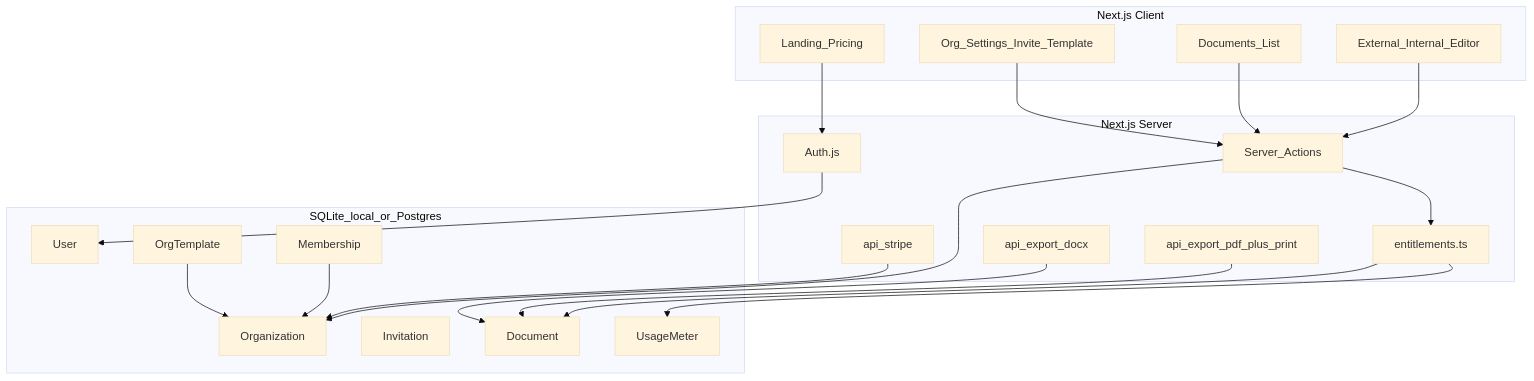
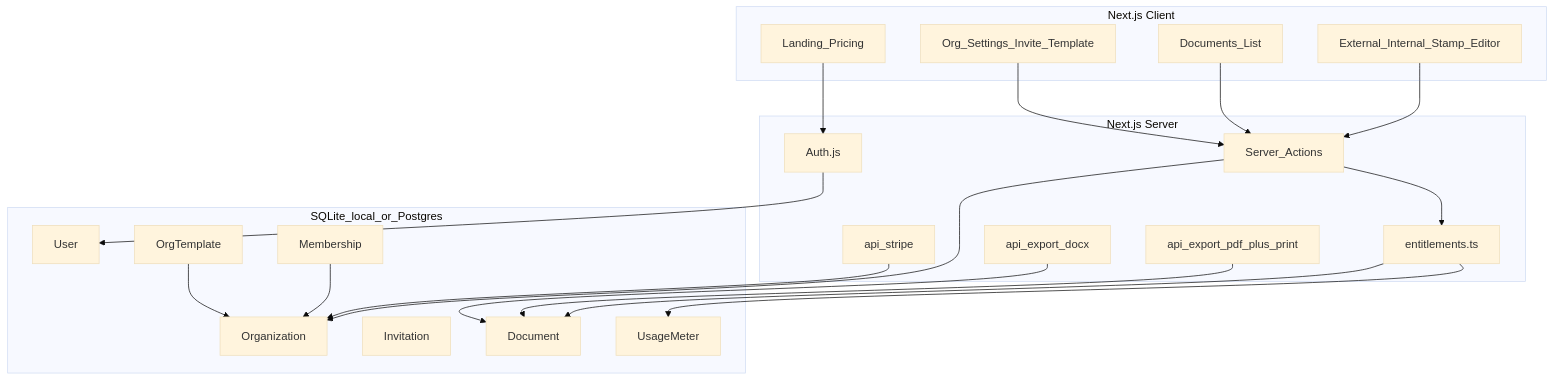
One commit to akhira022/EasyKrut changed the diagram in docs/PLAN.md. Above: the diagram before and after it, drawn with Mermaid (base theme). The commit also changed other lines of this file and 25 other files, not shown here.

````diff
--- a/docs/PLAN.md
+++ b/docs/PLAN.md
@@ -52,43 +52,43 @@
 ```mermaid
 flowchart TB
   subgraph client [Next.js Client]
     Landing[Landing_Pricing]
-    Editor[External_Internal_Editor]
+    Editor[External_Internal_Stamp_Editor]
     History[Documents_List]
     OrgUI[Org_Settings_Invite_Template]
   end
 
   subgraph server [Next.js Server]
     Auth[Auth.js]
     Actions[Server_Actions]
     Gates[entitlements.ts]
     ExportPDF[api_export_pdf_plus_print]
     ExportDOCX[api_export_docx]
     StripeAPI[api_stripe]
   end
 
   subgraph data [SQLite_local_or_Postgres]
     Users[User]
     Orgs[Organization]
     Members[Membership]
     Invites[Invitation]
     Docs[Document]
     Template[OrgTemplate]
     Usage[UsageMeter]
   end
 
   Landing --> Auth
   Editor --> Actions
   History --> Actions
   OrgUI --> Actions
   Actions --> Gates
   Gates --> Docs
   Gates --> Usage
   Actions --> Orgs
   ExportPDF --> Docs
   ExportDOCX --> Docs
   StripeAPI --> Orgs
   Auth --> Users
   Members --> Orgs
   Template --> Orgs
 ```
````
